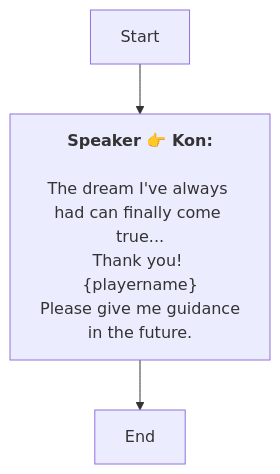
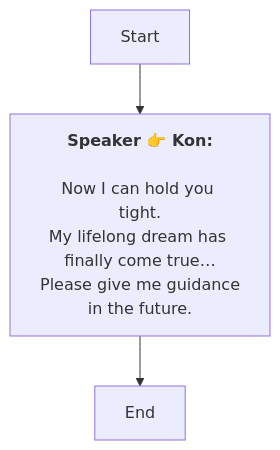
The diagram in En/DemoEnd.md (SoftHu/tos_avg), drawn with Mermaid before and after one commit. The commit also changed 228 other files, not shown here.

````diff
--- a/En/DemoEnd.md
+++ b/En/DemoEnd.md
@@ -1,11 +1,11 @@
 ```mermaid
 graph
 Start -->1739615973401801[<b>Speaker 👉 Kon:</b>
 
-The dream I've always had can finally come true...
-Thank you! &lbrace;playername&rbrace;
+Now I can hold you tight.
+My lifelong dream has finally come true…
 Please give me guidance
 in the future.]
 1739615973401801 -->1739615962269896[End]
 
  ```
````
